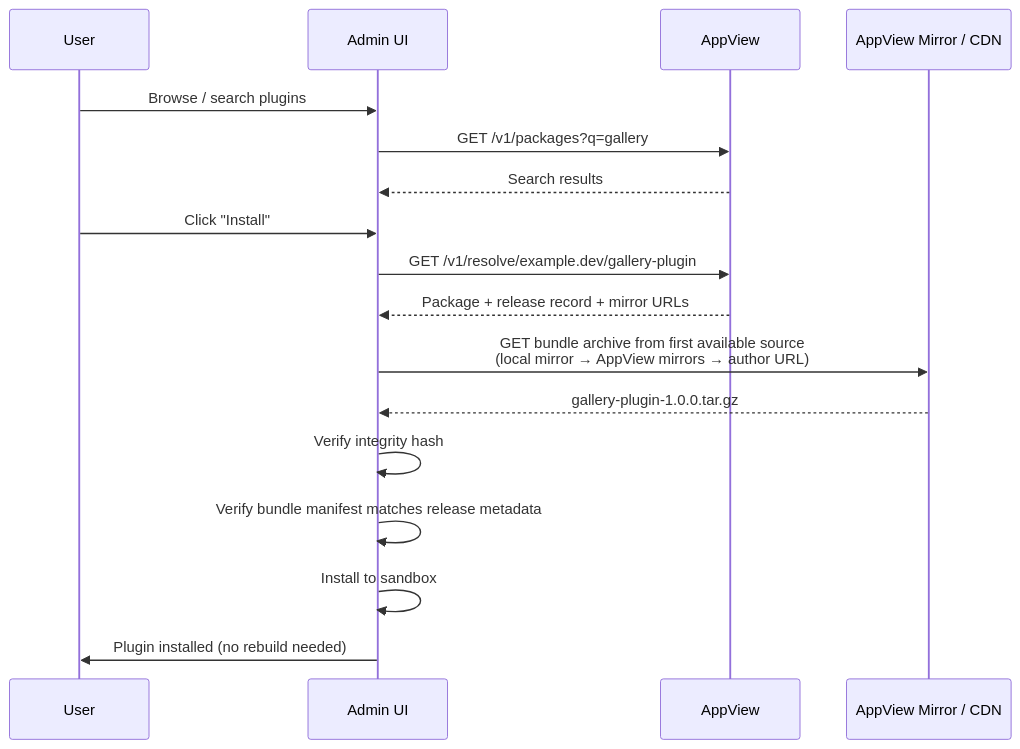
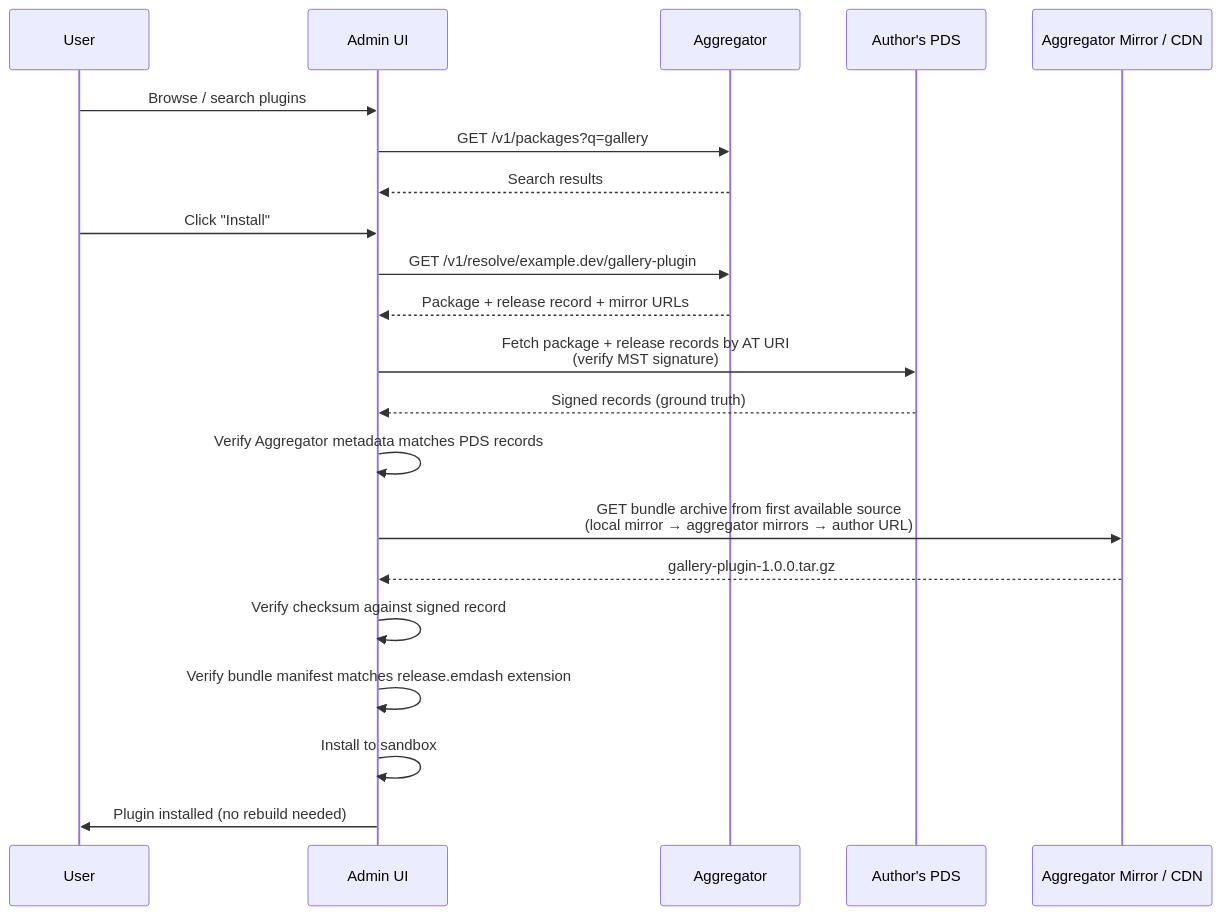
Before and after one commit to emdash-cms/emdash: the second of 3 diagrams in rfcs/0001-plugin-registry.md, drawn with Mermaid. The commit also changed other lines of this file, not shown here.

````diff
--- a/rfcs/0001-plugin-registry.md
+++ b/rfcs/0001-plugin-registry.md
@@ -483,20 +499,24 @@
 ```mermaid
 sequenceDiagram
     participant User
     participant Admin as Admin UI
-    participant AppView
-    participant Mirror as AppView Mirror / CDN
+    participant Aggregator
+    participant PDS as Author's PDS
+    participant Mirror as Aggregator Mirror / CDN
 
     User->>Admin: Browse / search plugins
-    Admin->>AppView: GET /v1/packages?q=gallery
-    AppView-->>Admin: Search results
+    Admin->>Aggregator: GET /v1/packages?q=gallery
+    Aggregator-->>Admin: Search results
     User->>Admin: Click "Install"
-    Admin->>AppView: GET /v1/resolve/example.dev/gallery-plugin
-    AppView-->>Admin: Package + release record + mirror URLs
-    Admin->>Mirror: GET bundle archive from first available source<br/>(local mirror → AppView mirrors → author URL)
+    Admin->>Aggregator: GET /v1/resolve/example.dev/gallery-plugin
+    Aggregator-->>Admin: Package + release record + mirror URLs
+    Admin->>PDS: Fetch package + release records by AT URI<br/>(verify MST signature)
+    PDS-->>Admin: Signed records (ground truth)
+    Admin->>Admin: Verify Aggregator metadata matches PDS records
+    Admin->>Mirror: GET bundle archive from first available source<br/>(local mirror → aggregator mirrors → author URL)
     Mirror-->>Admin: gallery-plugin-1.0.0.tar.gz
-    Admin->>Admin: Verify integrity hash
-    Admin->>Admin: Verify bundle manifest matches release metadata
+    Admin->>Admin: Verify checksum against signed record
+    Admin->>Admin: Verify bundle manifest matches release.emdash extension
     Admin->>Admin: Install to sandbox
     Admin->>User: Plugin installed (no rebuild needed)
 ```
````
